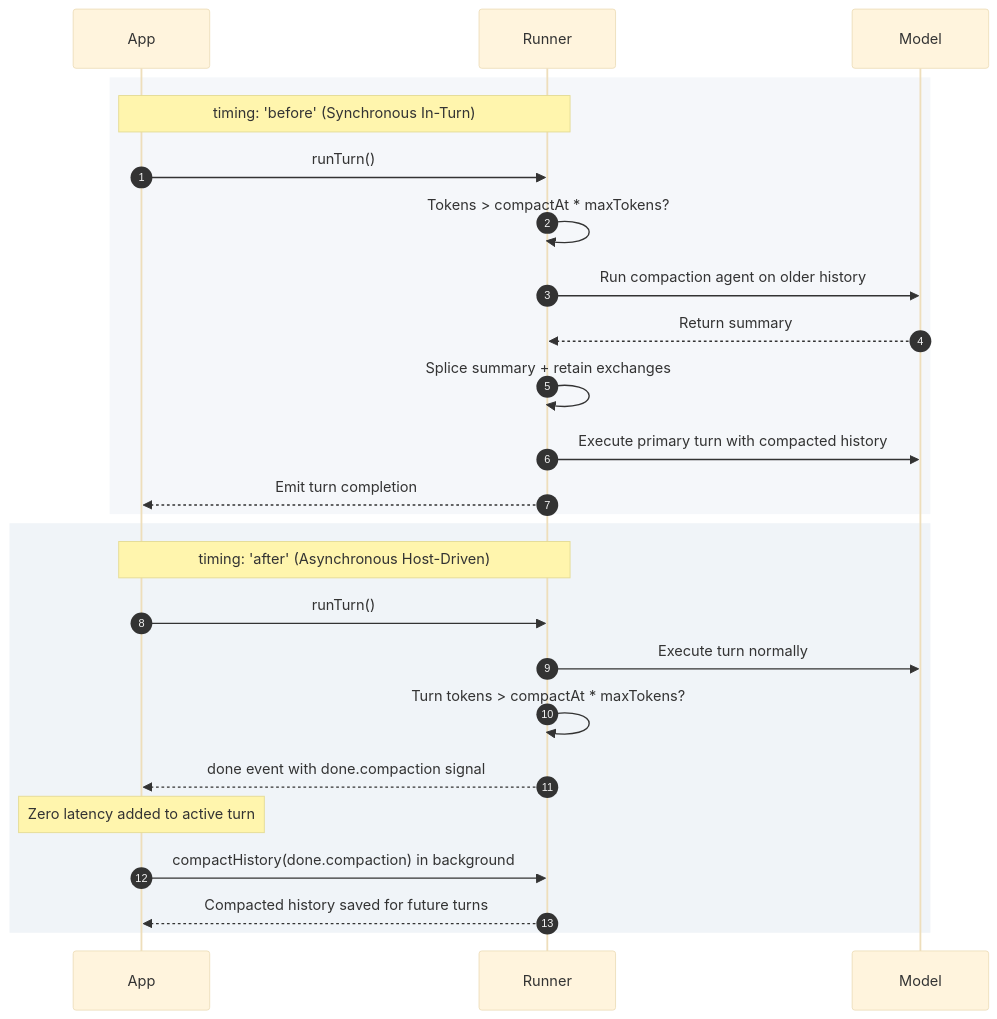
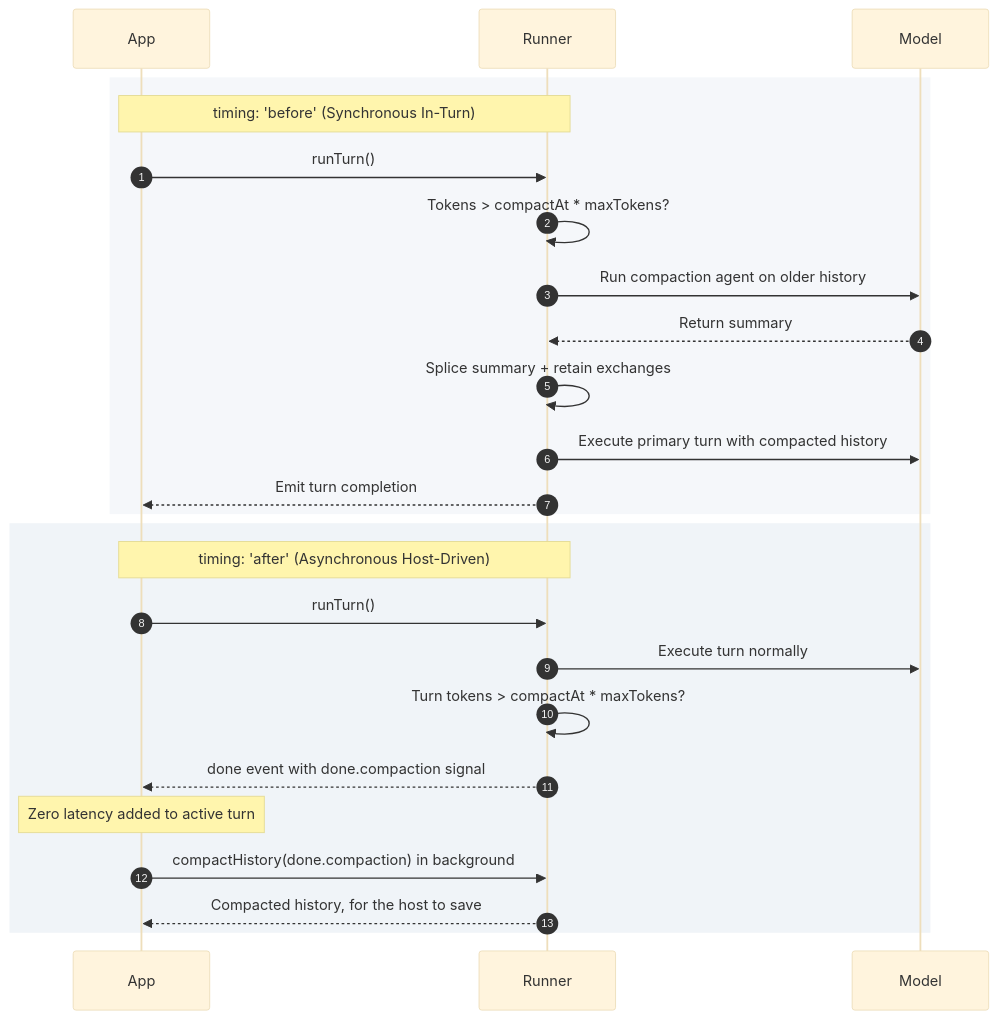
One commit to masudl-hub/theoremai-frontend changed the diagram in app/lib/docs/articles/profiles/compaction.md. Above: the diagram before and after it, drawn with Mermaid (base theme). The commit also changed other lines of this file and 27 other files, not shown here.

````diff
--- a/app/lib/docs/articles/profiles/compaction.md
+++ b/app/lib/docs/articles/profiles/compaction.md
@@ -53,25 +53,25 @@
 ```mermaid
 sequenceDiagram
     autonumber
     rect rgb(245, 247, 250)
         Note over App,Runner: timing: 'before' (Synchronous In-Turn)
         App->>Runner: runTurn()
         Runner->>Runner: Tokens > compactAt * maxTokens?
         Runner->>Model: Run compaction agent on older history
         Model-->>Runner: Return summary
         Runner->>Runner: Splice summary + retain exchanges
         Runner->>Model: Execute primary turn with compacted history
         Runner-->>App: Emit turn completion
     end
 
     rect rgb(240, 244, 248)
         Note over App,Runner: timing: 'after' (Asynchronous Host-Driven)
         App->>Runner: runTurn()
         Runner->>Model: Execute turn normally
         Runner->>Runner: Turn tokens > compactAt * maxTokens?
         Runner-->>App: done event with done.compaction signal
         Note over App: Zero latency added to active turn
         App->>Runner: compactHistory(done.compaction) in background
-        Runner-->>App: Compacted history saved for future turns
+        Runner-->>App: Compacted history, for the host to save
     end
 ```
````
